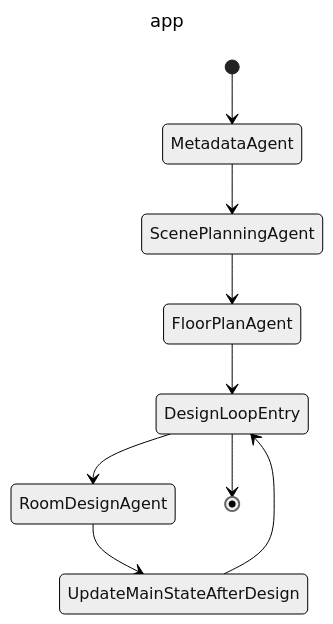
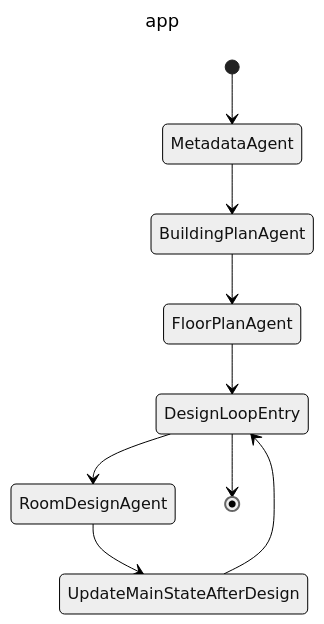
Before and after one commit to SceneBuilder/SceneBuilder: the diagram in assets/main_graph.md, drawn with Mermaid (neutral theme). The commit also changed 7 other files, not shown here.

````diff
--- a/assets/main_graph.md
+++ b/assets/main_graph.md
@@ -1,14 +1,14 @@
 ```mermaid
 ---
 title: app
 ---
 stateDiagram-v2
   [*] --> MetadataAgent
-  MetadataAgent --> ScenePlanningAgent
-  ScenePlanningAgent --> FloorPlanAgent
+  MetadataAgent --> BuildingPlanAgent
+  BuildingPlanAgent --> FloorPlanAgent
   FloorPlanAgent --> DesignLoopEntry
   DesignLoopEntry --> RoomDesignAgent
   DesignLoopEntry --> [*]
   RoomDesignAgent --> UpdateMainStateAfterDesign
   UpdateMainStateAfterDesign --> DesignLoopEntry
 ```
````
